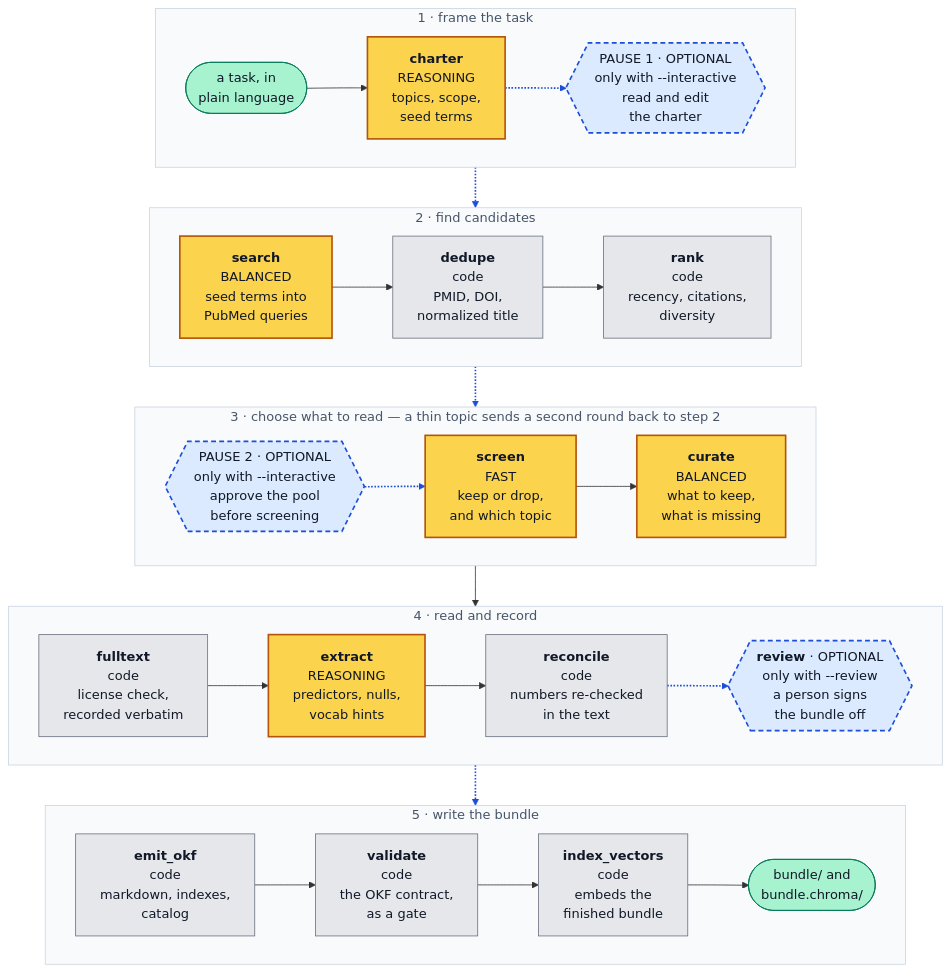
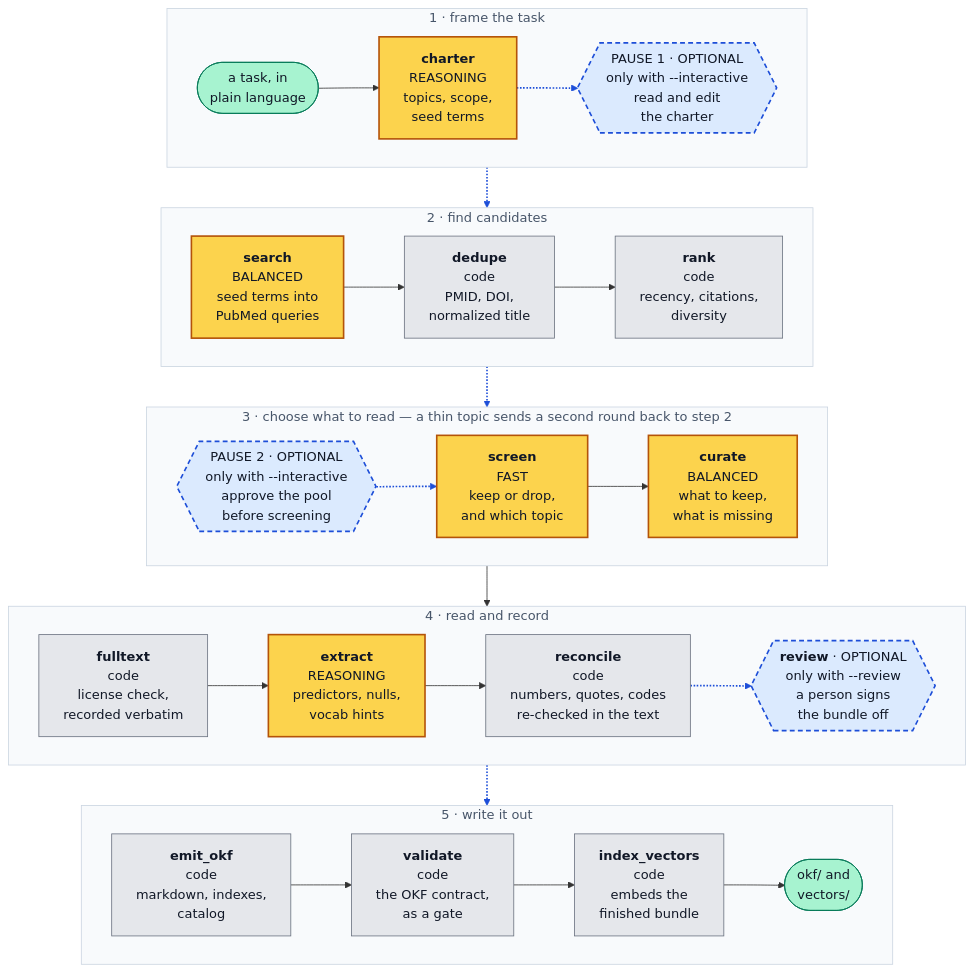
One commit to PFreda-Lab/okf-loremaster changed the diagram in README.md. Above: the diagram before and after it, drawn with Mermaid. The commit also changed other lines of this file and 42 other files, not shown here.

````diff
--- a/README.md
+++ b/README.md
@@ -190,49 +117,49 @@
 ```mermaid
 flowchart TB
     subgraph r1 ["1 · frame the task"]
         direction LR
         task(["a task, in<br/>plain language"]) --> charter["<b>charter</b><br/>REASONING<br/>topics, scope,<br/>seed terms"] -.-> p1{{"PAUSE 1 · OPTIONAL<br/>only with --interactive<br/>read and edit<br/>the charter"}}
     end
 
     subgraph r2 ["2 · find candidates"]
         direction LR
         search["<b>search</b><br/>BALANCED<br/>seed terms into<br/>PubMed queries"] --> dedupe["<b>dedupe</b><br/>code<br/>PMID, DOI,<br/>normalized title"] --> rank["<b>rank</b><br/>code<br/>recency, citations,<br/>diversity"]
     end
 
     subgraph r3 ["3 · choose what to read — a thin topic sends a second round back to step 2"]
         direction LR
         p2{{"PAUSE 2 · OPTIONAL<br/>only with --interactive<br/>approve the pool<br/>before screening"}} -.-> screen["<b>screen</b><br/>FAST<br/>keep or drop,<br/>and which topic"] --> curate["<b>curate</b><br/>BALANCED<br/>what to keep,<br/>what is missing"]
     end
 
     subgraph r4 ["4 · read and record"]
         direction LR
-        fulltext["<b>fulltext</b><br/>code<br/>license check,<br/>recorded verbatim"] --> extract["<b>extract</b><br/>REASONING<br/>predictors, nulls,<br/>vocab hints"] --> reconcile["<b>reconcile</b><br/>code<br/>numbers re-checked<br/>in the text"]
+        fulltext["<b>fulltext</b><br/>code<br/>license check,<br/>recorded verbatim"] --> extract["<b>extract</b><br/>REASONING<br/>predictors, nulls,<br/>vocab hints"] --> reconcile["<b>reconcile</b><br/>code<br/>numbers, quotes, codes<br/>re-checked in the text"]
         review{{"<b>review</b> · OPTIONAL<br/>only with --review<br/>a person signs<br/>the bundle off"}}
     end
 
-    subgraph r5 ["5 · write the bundle"]
+    subgraph r5 ["5 · write it out"]
         direction LR
-        emit["<b>emit_okf</b><br/>code<br/>markdown, indexes,<br/>catalog"] --> validate["<b>validate</b><br/>code<br/>the OKF contract,<br/>as a gate"] --> vectors["<b>index_vectors</b><br/>code<br/>embeds the<br/>finished bundle"] --> out(["bundle/ and<br/>bundle.chroma/"])
+        emit["<b>emit_okf</b><br/>code<br/>markdown, indexes,<br/>catalog"] --> validate["<b>validate</b><br/>code<br/>the OKF contract,<br/>as a gate"] --> vectors["<b>index_vectors</b><br/>code<br/>embeds the<br/>finished bundle"] --> out(["okf/ and<br/>vectors/"])
     end
 
     p1 -.-> search
     rank -.-> p2
     curate --> fulltext
     reconcile -.-> review
     review -.-> emit
 
     linkStyle 1,4,11,12,14,15 stroke:#1d4ed8,stroke-width:2px
     classDef agent fill:#fcd34d,stroke:#b45309,stroke-width:2px,color:#111827
     classDef code fill:#e5e7eb,stroke:#6b7280,color:#111827
     classDef human fill:#dbeafe,stroke:#1d4ed8,stroke-width:2px,stroke-dasharray:6 4,color:#111827
     classDef io fill:#a7f3d0,stroke:#047857,color:#111827
     class charter,search,screen,curate,extract agent
     class dedupe,rank,fulltext,reconcile,emit,validate,vectors code
     class p1,p2,review human
     class task,out io
     style r1 fill:#f8fafc,stroke:#cbd5e1,color:#475569
     style r2 fill:#f8fafc,stroke:#cbd5e1,color:#475569
     style r3 fill:#f8fafc,stroke:#cbd5e1,color:#475569
     style r4 fill:#f8fafc,stroke:#cbd5e1,color:#475569
     style r5 fill:#f8fafc,stroke:#cbd5e1,color:#475569
 ```
````
